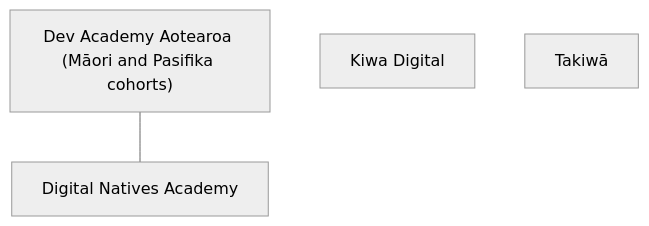
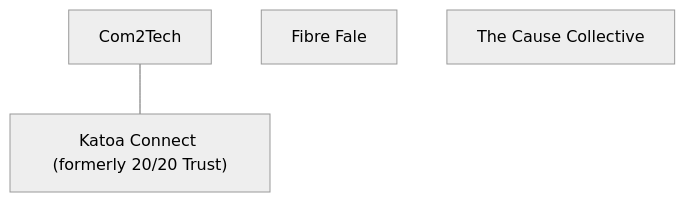
One commit to olitreadwell/nz-tech-for-good changed diagram 16 of 22 in GUIDE.md. Above: the diagram before and after it, drawn with Mermaid (neutral theme). The commit also changed other lines of this file and 2 other files, not shown here.

First line of the commit message:
docs: add CHANGELOG, regenerate GUIDE.md for 127 entries, update roadmap

````diff
--- a/GUIDE.md
+++ b/GUIDE.md
@@ -298,8 +330,8 @@
 ```mermaid
 flowchart TD
-    n_DevAcademyAotearoaMorian["Dev Academy Aotearoa (Māori and Pasifika cohorts)"]
-    n_DigitalNativesAcademy["Digital Natives Academy"]
-    n_KiwaDigital["Kiwa Digital"]
-    n_Takiw["Takiwā"]
-    n_DevAcademyAotearoaMorian --- n_DigitalNativesAcademy
+    n_Com2Tech["Com2Tech"]
+    n_FibreFale["Fibre Fale"]
+    n_KatoaConnectformerly2020["Katoa Connect (formerly 20/20 Trust)"]
+    n_TheCauseCollective["The Cause Collective"]
+    n_Com2Tech --- n_KatoaConnectformerly2020
 ```
````
